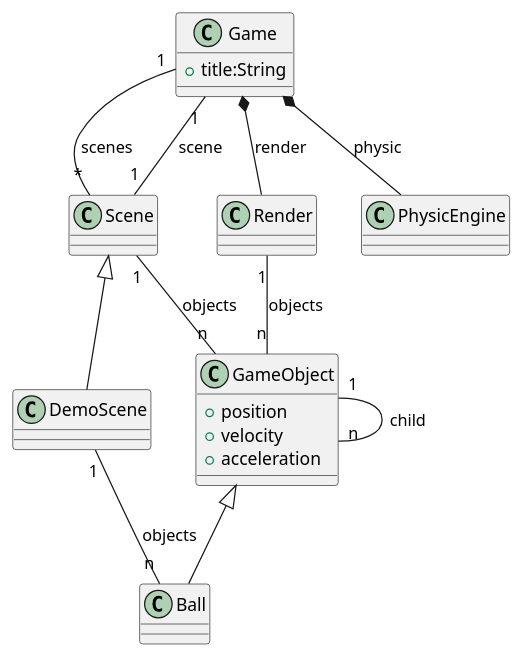
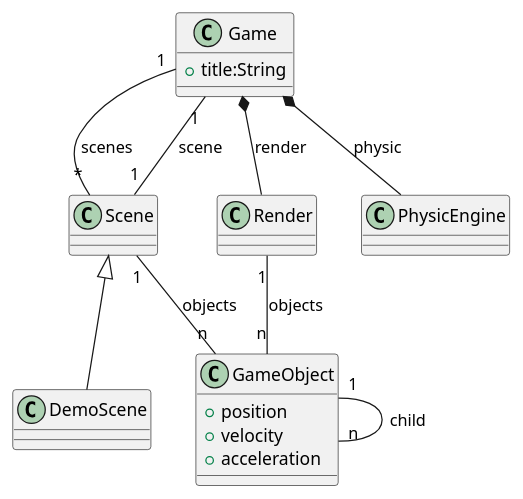
One commit to mcgivrer/ufo changed the first of 2 diagrams in README.md. Above: the diagram before and after it, drawn with PlantUML. The commit also changed other lines of this file and 2 other files, not shown here.

Commit message:
feat(AddDdoc) : Add markdown Documentation
- Add markdown documentation to build a  How-To

fix #11

````diff
--- a/README.md
+++ b/README.md
@@ -8,25 +8,23 @@
-```plantuml
+```plantuml source="classmodel.uml" format="PNG"
 @startuml
 class Game{
     +title:String
 }
 class GameObject{
     +position
     +velocity
     +acceleration
 }
 class Scene
 class DemoScene extends Scene
-class Ball extends GameObject
 class Render
 class PhysicEngine
 Game *-- Render:render
 Game *-- PhysicEngine:physic
 Game "1" -- "*" Scene:scenes
 Game "1" -- "1" Scene:scene
 Scene "1" -- "n" GameObject:objects
 Render "1" -- "n" GameObject:objects
 GameObject "1" -- "n" GameObject:child
-DemoScene "1" -- "n" Ball:objects
 @enduml
 ```
````
